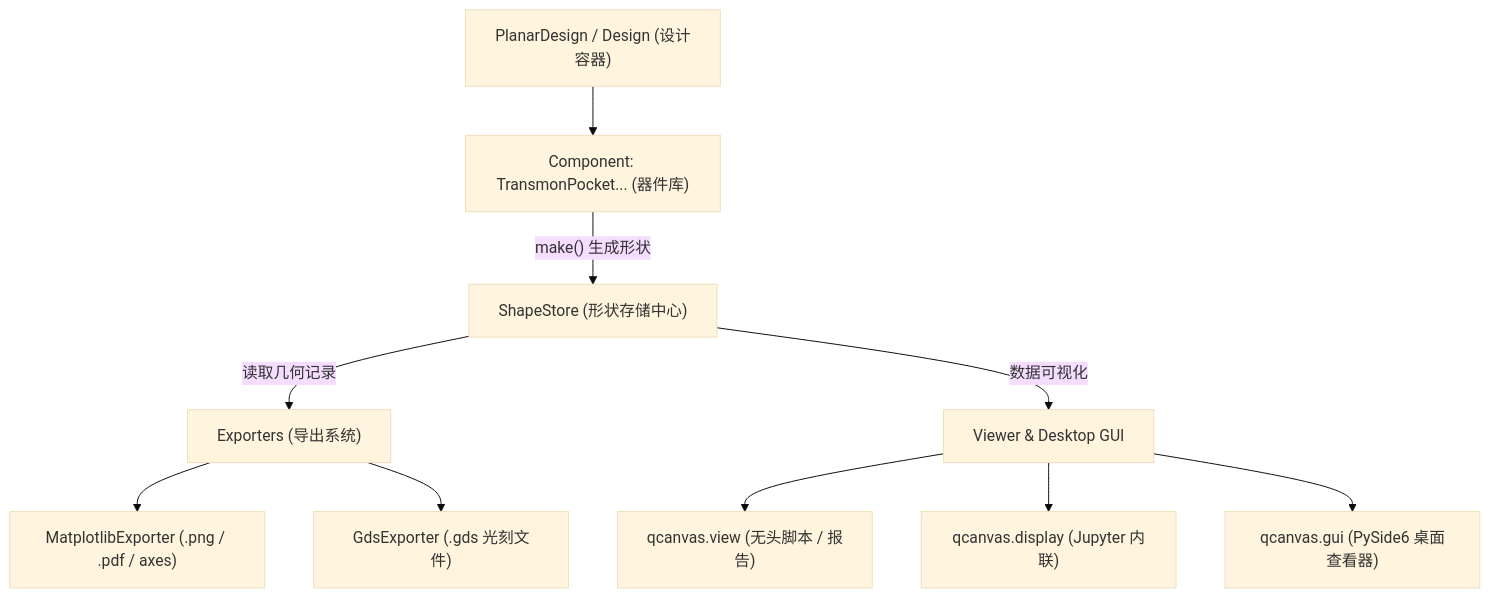
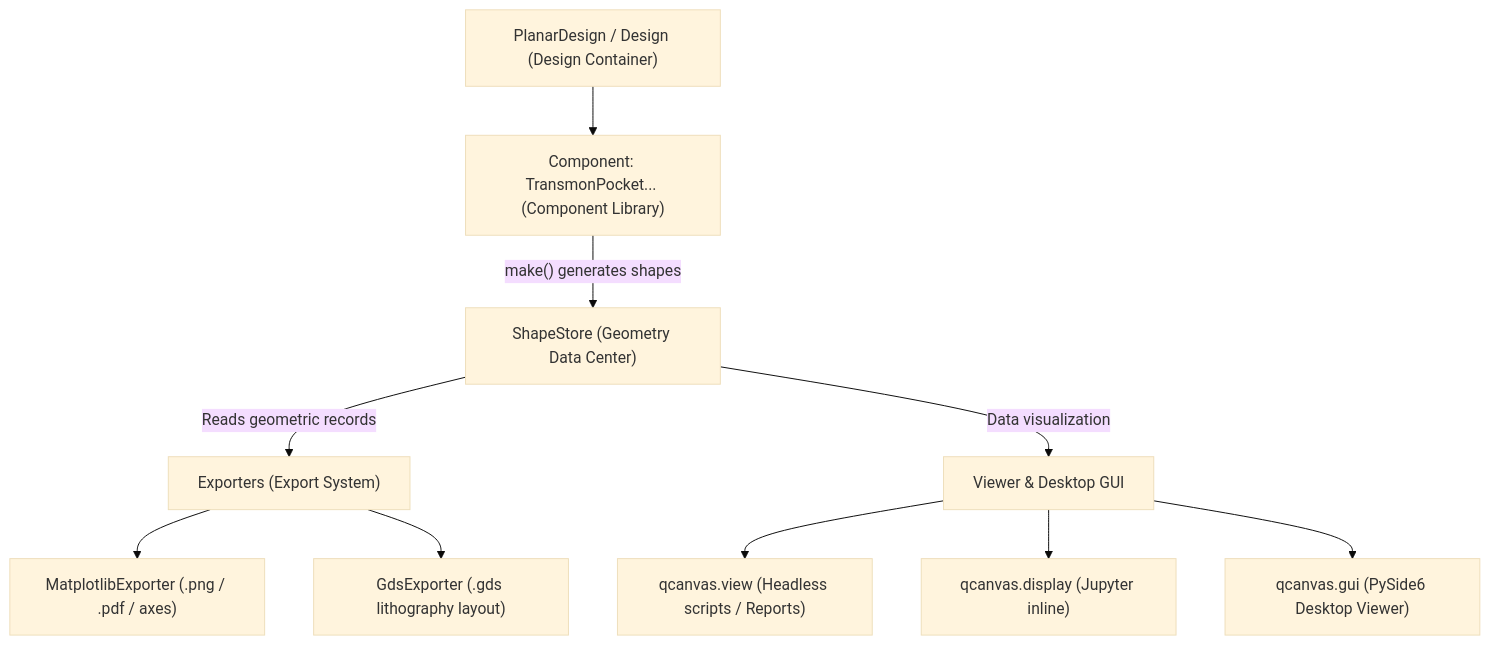
One commit to quantum-panda-a/SQCanvas changed the diagram in README.md. Above: the diagram before and after it, drawn with Mermaid (base theme). The commit also changed other lines of this file and 23 other files, not shown here.

````diff
--- a/README.md
+++ b/README.md
@@ -28,14 +39,14 @@
 ```mermaid
 graph TD
-    A["PlanarDesign / Design (设计容器)"] --> B["Component: TransmonPocket... (器件库)"]
-    B -- "make() 生成形状" --> C["ShapeStore (形状存储中心)"]
+    A["PlanarDesign / Design (Design Container)"] --> B["Component: TransmonPocket... (Component Library)"]
+    B -- "make() generates shapes" --> C["ShapeStore (Geometry Data Center)"]
     
-    C -- "读取几何记录" --> D["Exporters (导出系统)"]
+    C -- "Reads geometric records" --> D["Exporters (Export System)"]
     D --> E["MatplotlibExporter (.png / .pdf / axes)"]
-    D --> F["GdsExporter (.gds 光刻文件)"]
+    D --> F["GdsExporter (.gds lithography layout)"]
     
-    C -- "数据可视化" --> G["Viewer & Desktop GUI"]
-    G --> H["qcanvas.view (无头脚本 / 报告)"]
-    G --> I["qcanvas.display (Jupyter 内联)"]
-    G --> J["qcanvas.gui (PySide6 桌面查看器)"]
+    C -- "Data visualization" --> G["Viewer & Desktop GUI"]
+    G --> H["qcanvas.view (Headless scripts / Reports)"]
+    G --> I["qcanvas.display (Jupyter inline)"]
+    G --> J["qcanvas.gui (PySide6 Desktop Viewer)"]
 ```
````
